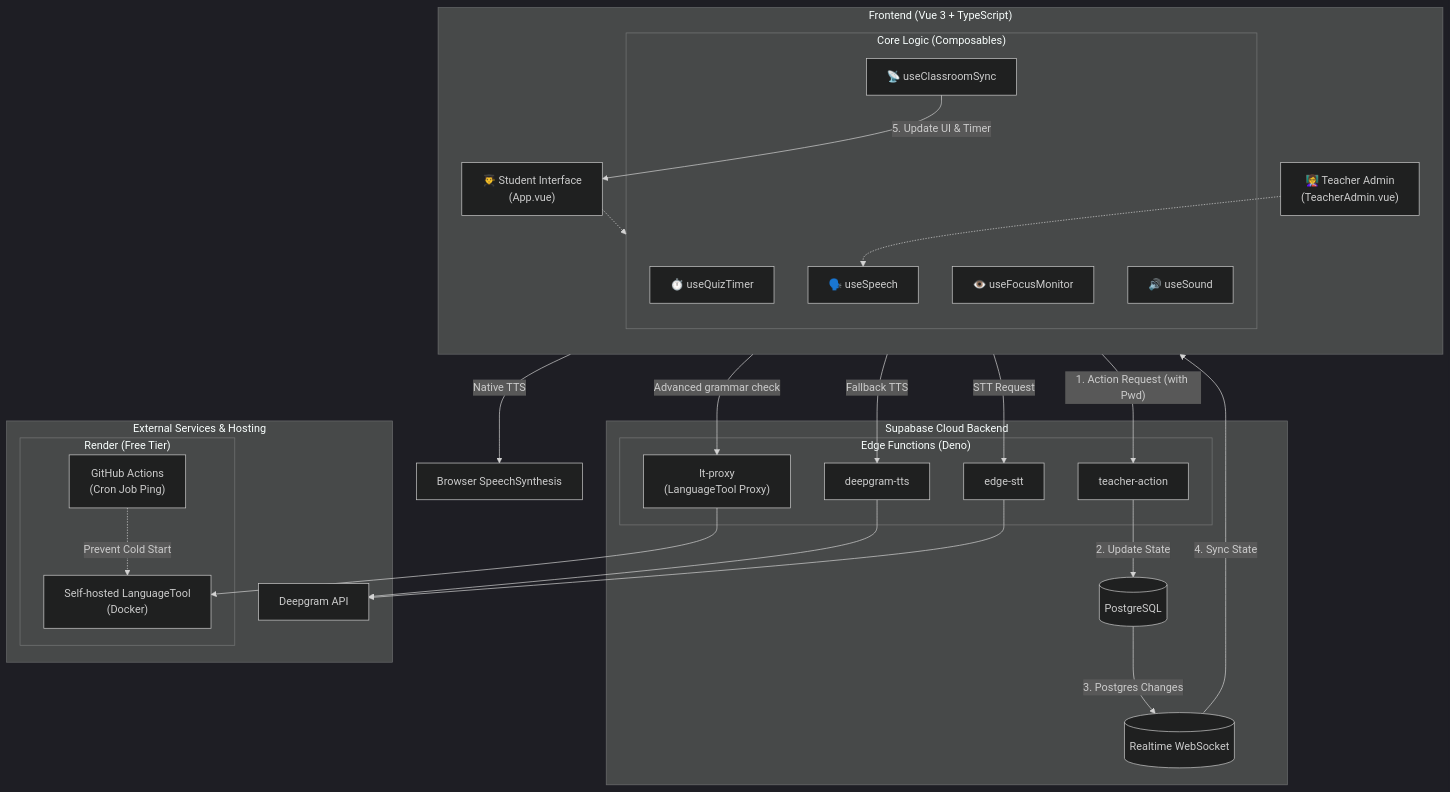
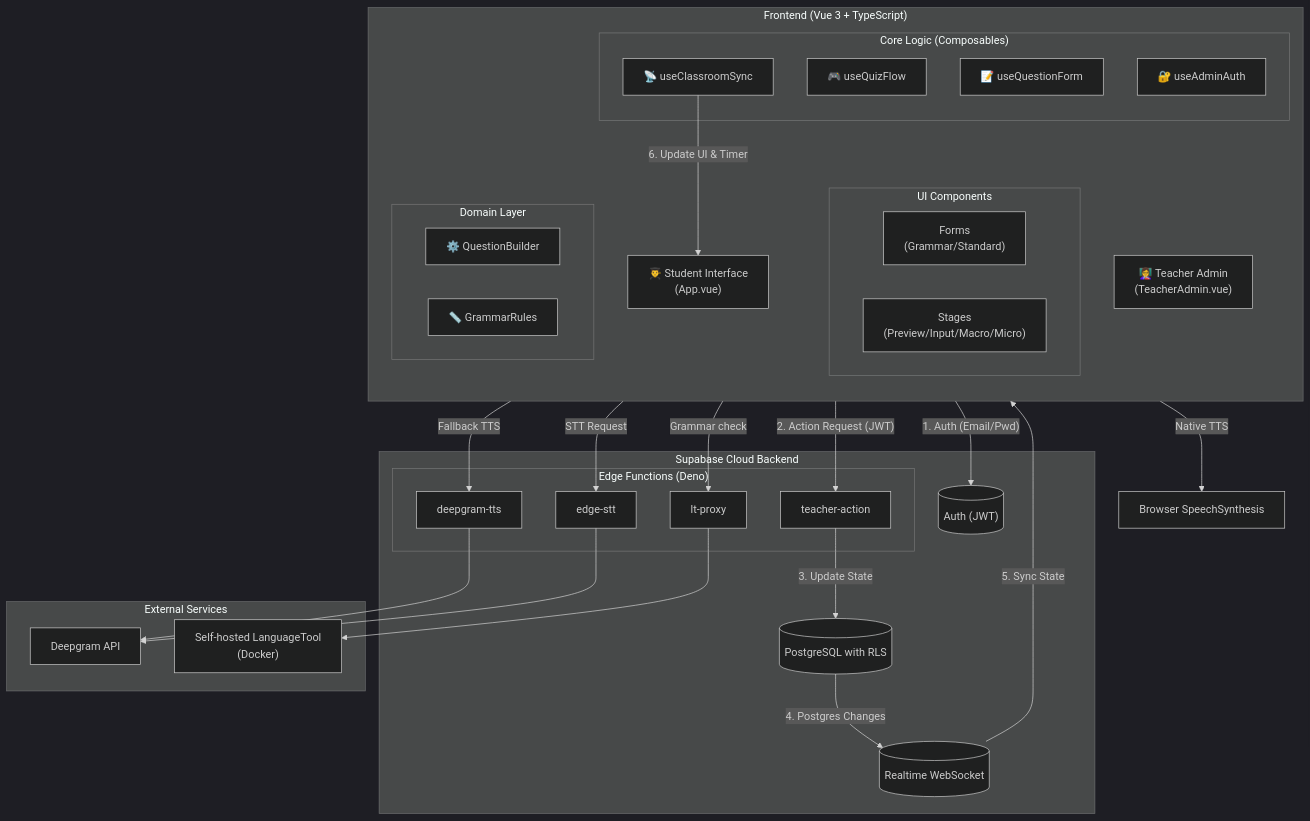
The second of 3 diagrams in README.md (ylin3-learner/SyntaxHunt), drawn with Mermaid (dark theme) before and after one commit. The commit also changed other lines of this file and 1 other file, not shown here.

First line of the commit message:
docs(readme): update architecture, multi-tenancy, and auth documentation

````diff
--- a/README.md
+++ b/README.md
@@ -73,58 +73,61 @@
 ```mermaid
 graph TD
     subgraph Client ["Frontend (Vue 3 + TypeScript)"]
         direction TB
         AdminUI["👩‍🏫 Teacher Admin<br>(TeacherAdmin.vue)"]
         StudentUI["👨‍🎓 Student Interface<br>(App.vue)"]
         
+        subgraph Components ["UI Components"]
+            Forms["Forms<br>(Grammar/Standard)"]
+            Stages["Stages<br>(Preview/Input/Macro/Micro)"]
+        end
+
         subgraph Composables ["Core Logic (Composables)"]
-            Timer["⏱️ useQuizTimer"]
-            Focus["👁️ useFocusMonitor"]
-            Sound["🔊 useSound"]
-            Speech["🗣️ useSpeech"]
+            QuizFlow["🎮 useQuizFlow"]
+            QuestionForm["📝 useQuestionForm"]
+            Auth["🔐 useAdminAuth"]
             Sync["📡 useClassroomSync"]
+        end
+
+        subgraph Domain ["Domain Layer"]
+            Builder["⚙️ QuestionBuilder"]
+            Rules["📏 GrammarRules"]
         end
     end
 
     subgraph Supabase ["Supabase Cloud Backend"]
-        DB[("PostgreSQL")]
+        AuthProvider[("Auth (JWT)")]
+        DB[("PostgreSQL with RLS")]
         Realtime[("Realtime WebSocket")]
         subgraph EdgeFunctions ["Edge Functions (Deno)"]
             Action_Proxy["teacher-action"]
             TTS_Proxy["deepgram-tts"]
             STT_Proxy["edge-stt"]
-            LT_Proxy["lt-proxy<br>(LanguageTool Proxy)"]
+            LT_Proxy["lt-proxy"]
         end
     end
 
-    subgraph External ["External Services & Hosting"]
+    subgraph External ["External Services"]
         Deepgram["Deepgram API"]
-        subgraph Render ["Render (Free Tier)"]
-            LanguageTool["Self-hosted LanguageTool<br>(Docker)"]
-            KeepAlive["GitHub Actions<br>(Cron Job Ping)"]
-        end
+        LanguageTool["Self-hosted LanguageTool<br>(Docker)"]
     end
 
     BrowserTTS["Browser SpeechSynthesis"]
 
     %% Data Flow
-    AdminUI -- "1. Action Request (with Pwd)" --> Action_Proxy
-    Action_Proxy -- "2. Update State" --> DB
-    DB -- "3. Postgres Changes" --> Realtime
-    Realtime -- "4. Sync State" --> Sync
-    Sync -- "5. Update UI & Timer" --> StudentUI
+    AdminUI -- "1. Auth (Email/Pwd)" --> AuthProvider
+    AdminUI -- "2. Action Request (JWT)" --> Action_Proxy
+    Action_Proxy -- "3. Update State" --> DB
+    DB -- "4. Postgres Changes" --> Realtime
+    Realtime -- "5. Sync State" --> Sync
+    Sync -- "6. Update UI & Timer" --> StudentUI
     
     StudentUI -- "Native TTS" --> BrowserTTS
     StudentUI -- "Fallback TTS" --> TTS_Proxy
+    StudentUI -- "STT Request" --> STT_Proxy
+    StudentUI -- "Grammar check" --> LT_Proxy
+    
     TTS_Proxy --> Deepgram
-    
-    StudentUI -- "STT Request" --> STT_Proxy
     STT_Proxy --> Deepgram
-    
-    StudentUI -- "Advanced grammar check" --> LT_Proxy
     LT_Proxy --> LanguageTool
-    KeepAlive -. "Prevent Cold Start" .-> LanguageTool
-
-    StudentUI -.-> Composables
-    AdminUI -.-> Speech
 ```
````
